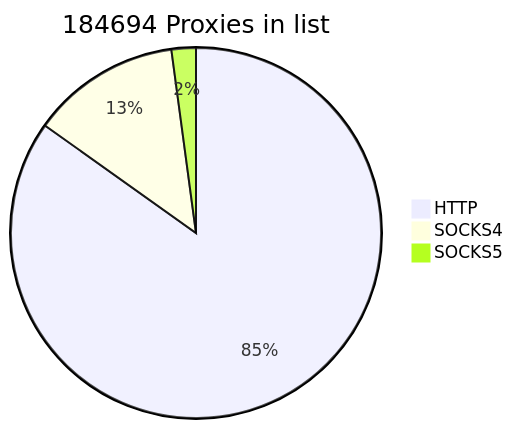
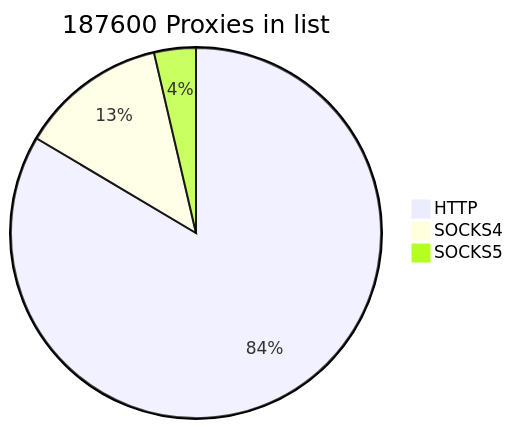
One commit to cutipu/proxylist changed the first of 2 diagrams in README.md. Above: the diagram before and after it, drawn with Mermaid. The commit also changed other lines of this file, not shown here.

````diff
--- a/README.md
+++ b/README.md
@@ -2,7 +2,7 @@
 ```mermaid
-pie title 184694 Proxies in list
+pie title 187600 Proxies in list
     "HTTP" : 156704
     "SOCKS4" : 24059
-    "SOCKS5" : 3931
+    "SOCKS5" : 6837
             
 ```
````
